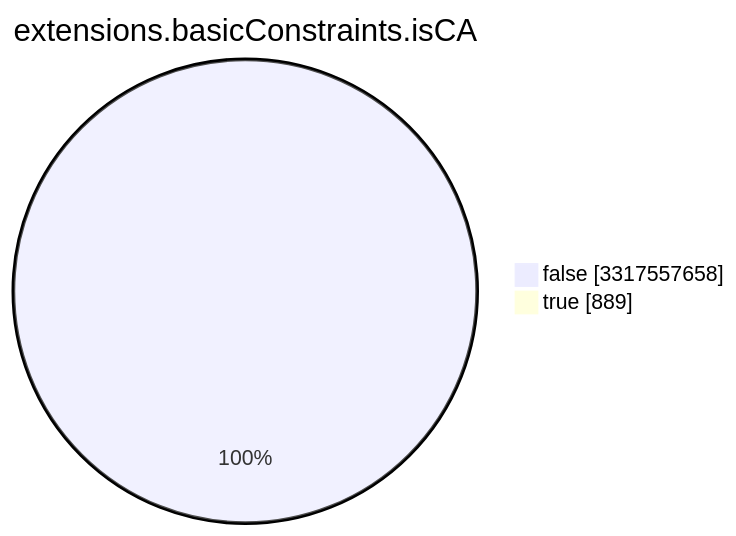
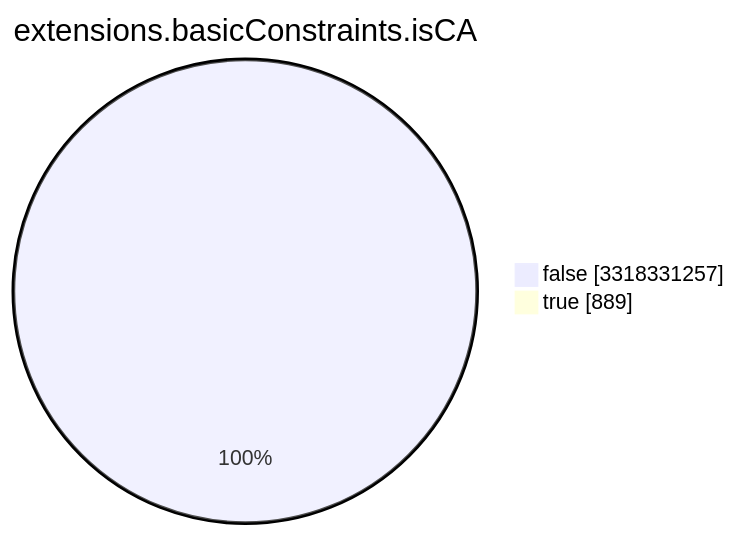
The seventh of 15 diagrams in TOTAL/README.md (christiankrug/ctmonitor_visualization), drawn with Mermaid before and after one commit. The commit also changed other lines of this file, not shown here.

````diff
--- a/TOTAL/README.md
+++ b/TOTAL/README.md
@@ -3089,6 +3089,6 @@
 ```mermaid
 pie showData
 title extensions.basicConstraints.isCA
-"false" :3317557658
+"false" :3318331257
 "true" :889
 ```
````
